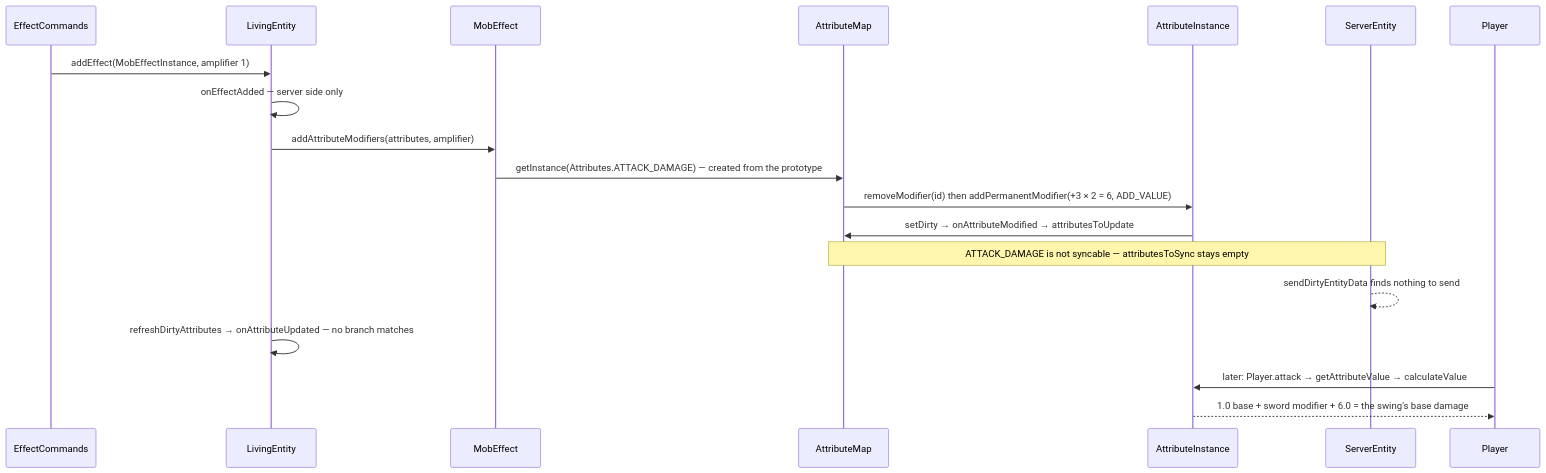
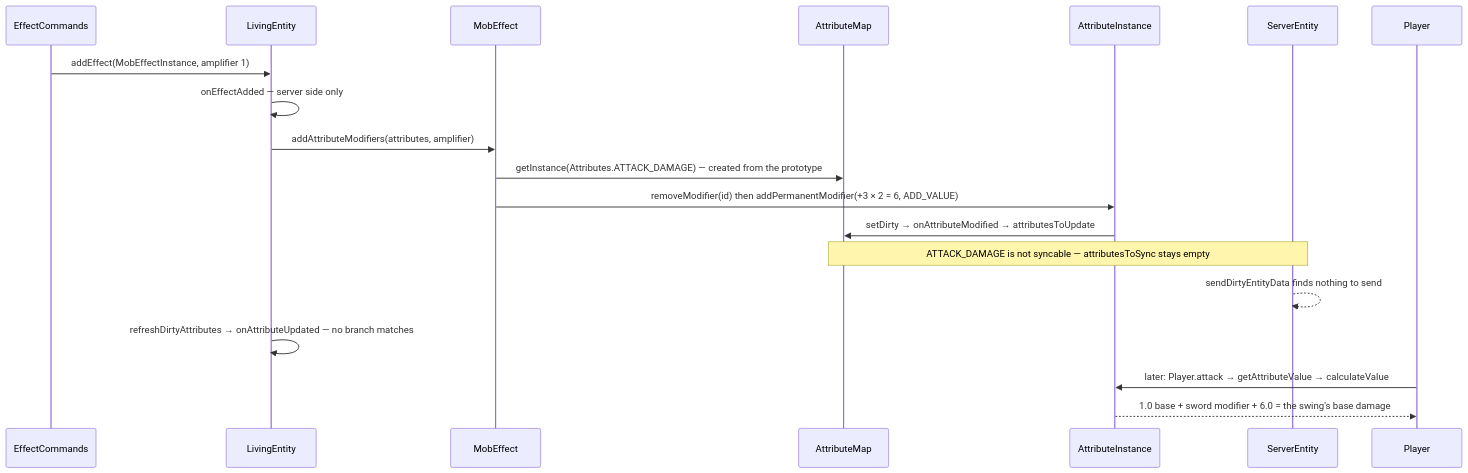
The diagram in src/systems/entities/attributes.md (AlexanderjFraser/MinecraftDocs), drawn with Mermaid before and after one commit. The commit also changed other lines of this file and 11 other files, not shown here.

````diff
--- a/src/systems/entities/attributes.md
+++ b/src/systems/entities/attributes.md
@@ -130,22 +162,22 @@
 ```mermaid
 sequenceDiagram
     participant CMD as EffectCommands
     participant LE as LivingEntity
     participant ME as MobEffect
     participant AM as AttributeMap
     participant AI as AttributeInstance
     participant SE as ServerEntity
     participant PL as Player
 
     CMD->>LE: addEffect(MobEffectInstance, amplifier 1)
     LE->>LE: onEffectAdded — server side only
     LE->>ME: addAttributeModifiers(attributes, amplifier)
     ME->>AM: getInstance(Attributes.ATTACK_DAMAGE) — created from the prototype
-    AM->>AI: removeModifier(id) then addPermanentModifier(+3 × 2 = 6, ADD_VALUE)
+    ME->>AI: removeModifier(id) then addPermanentModifier(+3 × 2 = 6, ADD_VALUE)
     AI->>AM: setDirty → onAttributeModified → attributesToUpdate
     Note over AM,SE: ATTACK_DAMAGE is not syncable — attributesToSync stays empty
     SE-->>SE: sendDirtyEntityData finds nothing to send
     LE->>LE: refreshDirtyAttributes → onAttributeUpdated — no branch matches
     PL->>AI: later: Player.attack → getAttributeValue → calculateValue
     AI-->>PL: 1.0 base + sword modifier + 6.0 = the swing's base damage
 ```
````
